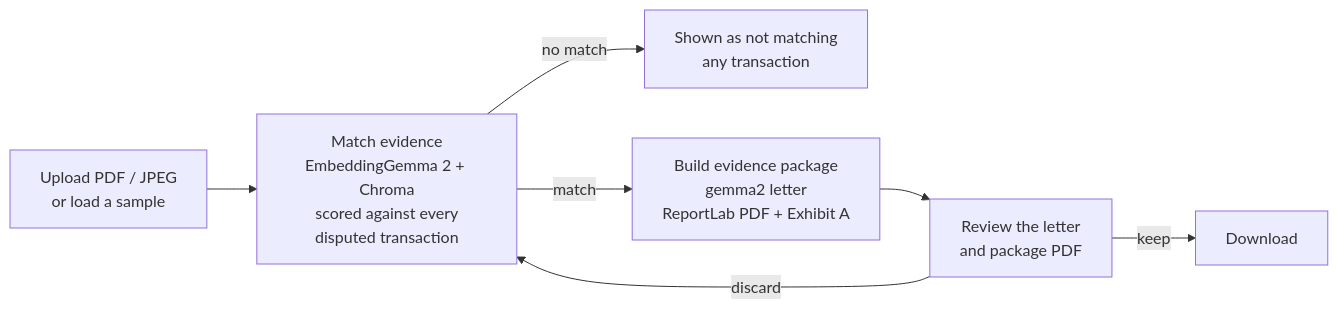
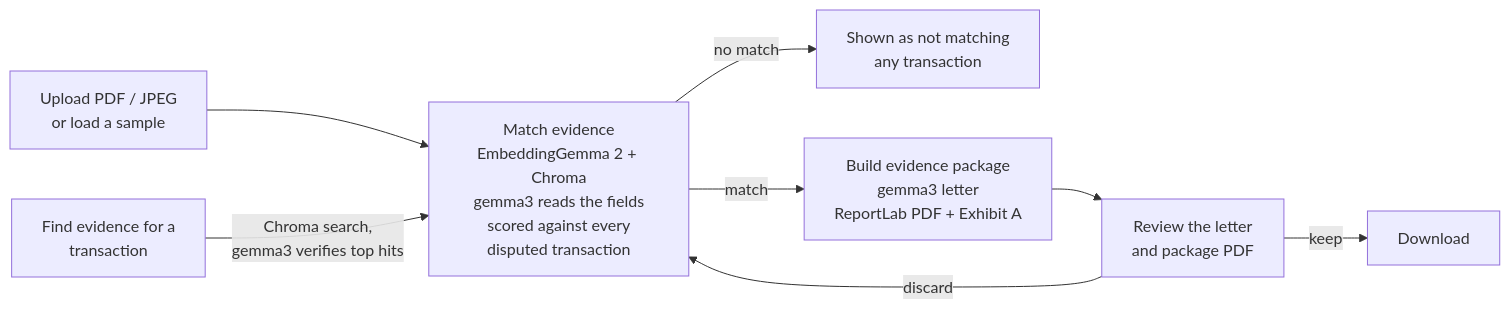
One commit to rajatrao/payment_intelligence changed the diagram in README.md. Above: the diagram before and after it, drawn with Mermaid. The commit also changed other lines of this file and 17 other files, not shown here.

First line of the commit message:
Read evidence fields with gemma3 and add evidence search

````diff
--- a/README.md
+++ b/README.md
@@ -20,9 +20,10 @@
 ```mermaid
 flowchart LR
-    A["Upload PDF / JPEG<br/>or load a sample"] --> B["Match evidence<br/>EmbeddingGemma 2 + Chroma<br/>scored against every<br/>disputed transaction"]
+    A["Upload PDF / JPEG<br/>or load a sample"] --> B["Match evidence<br/>EmbeddingGemma 2 + Chroma<br/>gemma3 reads the fields<br/>scored against every<br/>disputed transaction"]
+    S["Find evidence for a<br/>transaction"] -->|"Chroma search,<br/>gemma3 verifies top hits"| B
     B -->|"no match"| X["Shown as not matching<br/>any transaction"]
-    B -->|"match"| D["Build evidence package<br/>gemma2 letter<br/>ReportLab PDF + Exhibit A"]
+    B -->|"match"| D["Build evidence package<br/>gemma3 letter<br/>ReportLab PDF + Exhibit A"]
     D --> F["Review the letter<br/>and package PDF"]
     F -->|"keep"| G["Download"]
     F -->|"discard"| B
 ```
````
